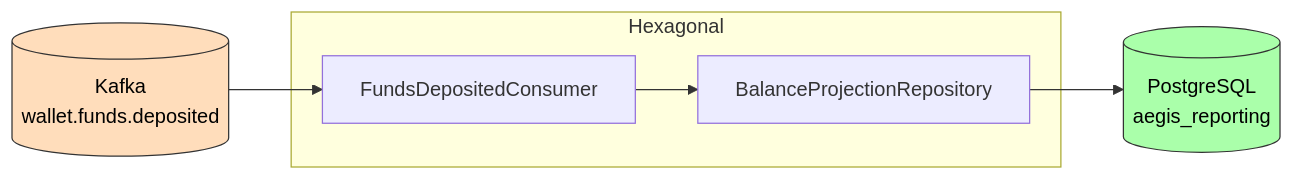
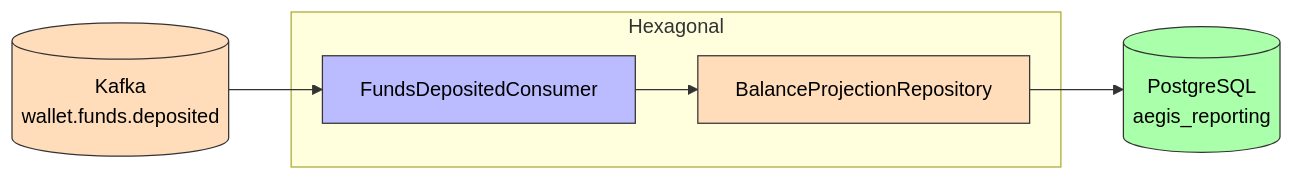
One commit to AlexAlvarezGallardo-GitHub/Aegis changed the first of 2 diagrams in docs/obsidian/01 - Services/Reporting Service.md. Above: the diagram before and after it, drawn with Mermaid. The commit also changed other lines of this file and 87 other files, not shown here.

````diff
--- a/docs/obsidian/01 - Services/Reporting Service.md
+++ b/docs/obsidian/01 - Services/Reporting Service.md
@@ -15,12 +15,14 @@
 ```mermaid
 graph LR
     subgraph Hexagonal["Hexagonal"]
         Consumer["FundsDepositedConsumer"]
         Repo["BalanceProjectionRepository"]
         Consumer --> Repo
     end
     Kafka[("Kafka<br/>wallet.funds.deposited")] --> Consumer
     Repo --> DB[("PostgreSQL<br/>aegis_reporting")]
+    style Consumer fill:#bbf,stroke:#333,color:#000
+    style Repo fill:#fdb,stroke:#333,color:#000
     style Kafka fill:#fdb,stroke:#333,color:#000
     style DB fill:#afa,stroke:#333,color:#000
 ```
````
